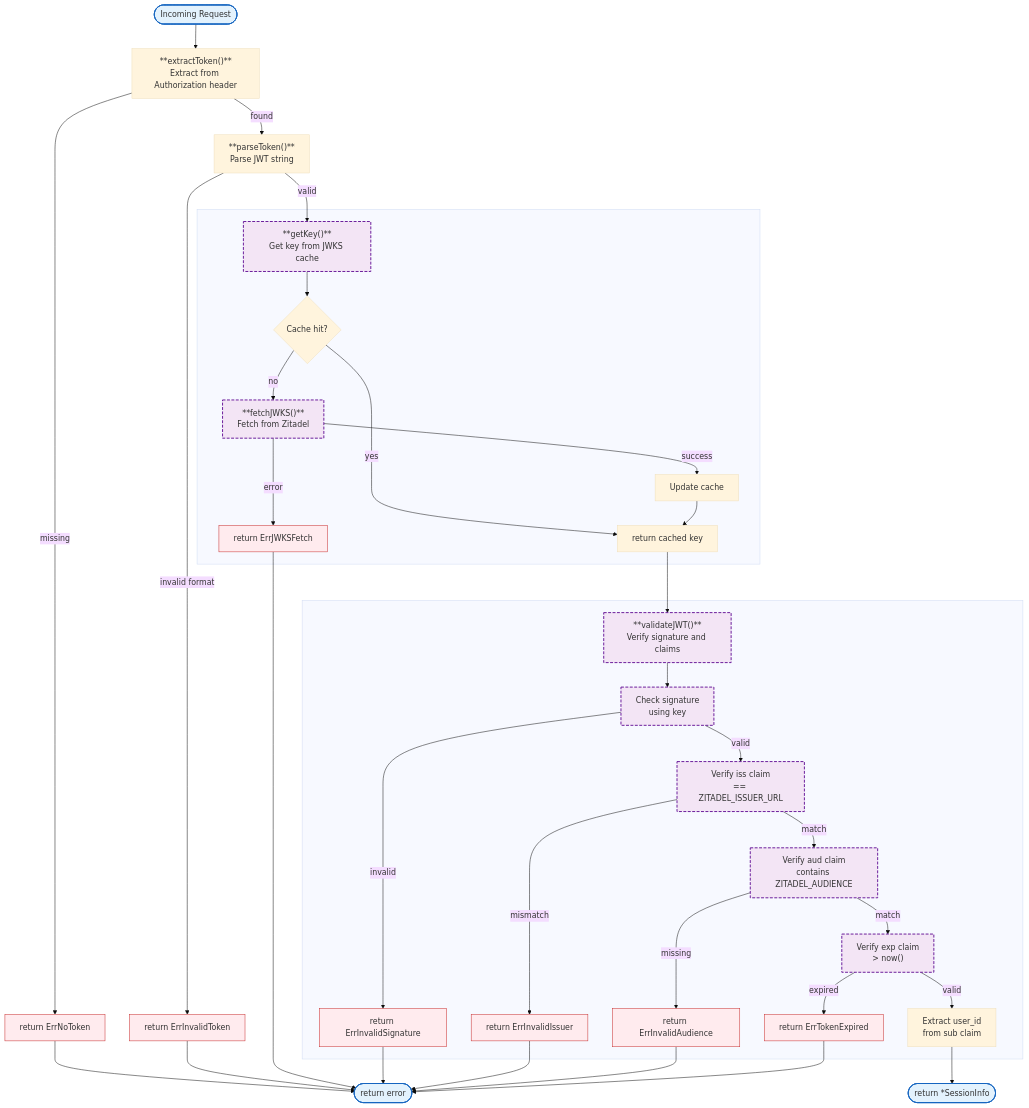
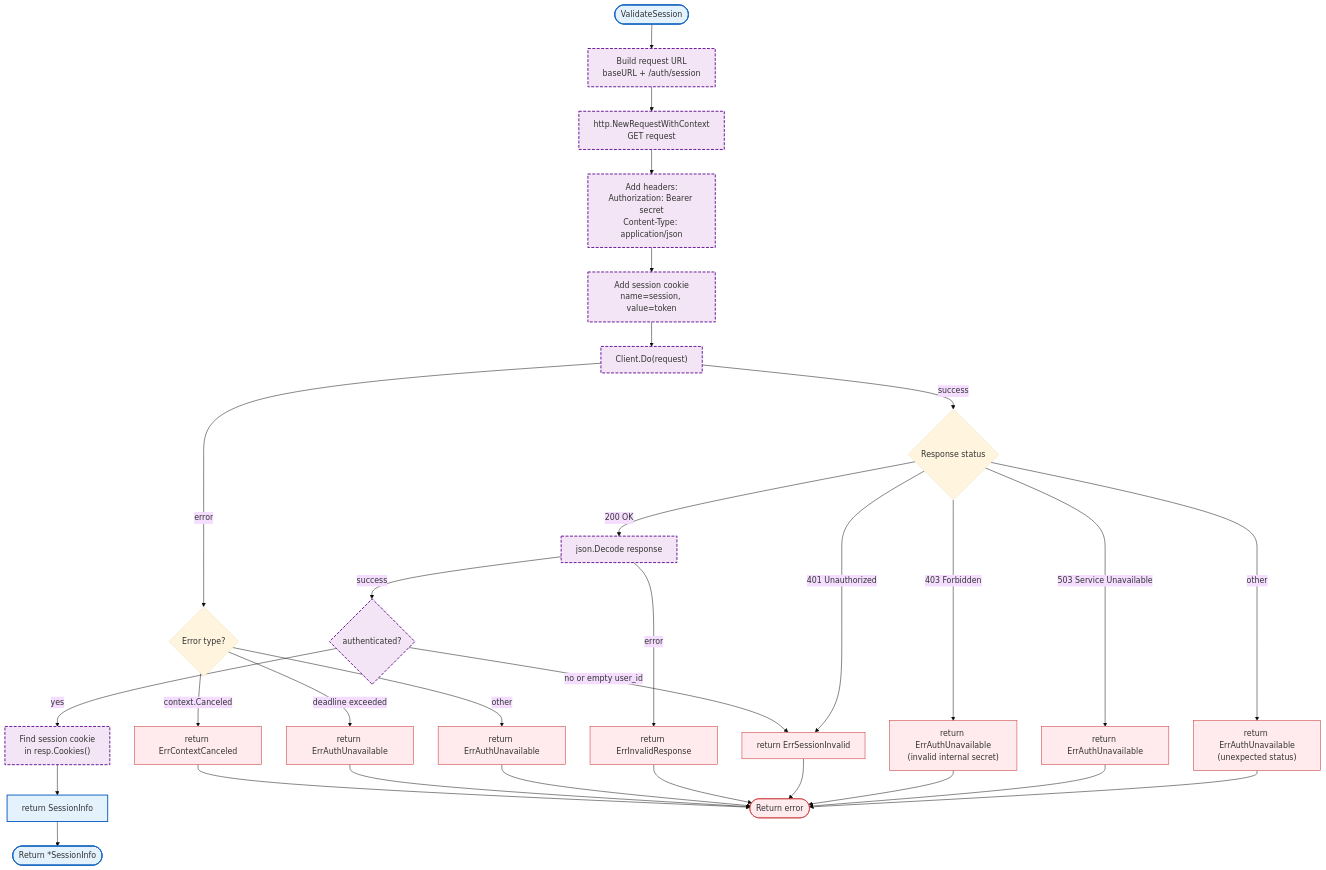
The diagram in docs/auth.md (radch-ai/ava), drawn with Mermaid (base theme) before and after one commit. The commit also changed other lines of this file and 4 other files, not shown here.

````diff
--- a/docs/auth.md
+++ b/docs/auth.md
@@ -19,45 +9,39 @@
 ```mermaid
 flowchart TB
-    Start([Incoming Request]) --> GetToken["**extractToken()**<br/>Extract from Authorization header"]
-    GetToken -->|missing| MissingToken["return ErrNoToken"]
-    GetToken -->|found| ParseToken["**parseToken()**<br/>Parse JWT string"]
+    Start([ValidateSession]) --> BuildReq["Build request URL<br/>baseURL + /auth/session"]
+    BuildReq --> NewReq["http.NewRequestWithContext<br/>GET request"]
+    NewReq --> AddHeaders["Add headers:<br/>Authorization: Bearer secret<br/>Content-Type: application/json"]
+    AddHeaders --> AddCookie["Add session cookie<br/>name=session, value=token"]
+    AddCookie --> SendReq["Client.Do(request)"]
 
-    ParseToken -->|invalid format| InvalidToken["return ErrInvalidToken"]
-    ParseToken -->|valid| GetKey["**getKey()**<br/>Get key from JWKS cache"]
+    SendReq -->|error| CheckErr{"Error type?"}
+    CheckErr -->|context.Canceled| Canceled["return ErrContextCanceled"]
+    CheckErr -->|deadline exceeded| Timeout["return ErrAuthUnavailable"]
+    CheckErr -->|other| Unavailable["return ErrAuthUnavailable"]
 
-    subgraph SGGetKey [" "]
-        GetKey --> CheckCache{"Cache hit?"}
-        CheckCache -->|yes| ReturnKey["return cached key"]
-        CheckCache -->|no| FetchJWKS["**fetchJWKS()**<br/>Fetch from Zitadel"]
-        FetchJWKS -->|error| JWKSError["return ErrJWKSFetch"]
-        FetchJWKS -->|success| UpdateCache["Update cache"]
-        UpdateCache --> ReturnKey
-    end
+    SendReq -->|success| CheckStatus{"Response status"}
 
-    ReturnKey --> Validate["**validateJWT()**<br/>Verify signature and claims"]
+    CheckStatus -->|200 OK| ParseResp["json.Decode response"]
+    ParseResp -->|error| InvalidResp["return ErrInvalidResponse"]
+    ParseResp -->|success| CheckAuth{"authenticated?"}
 
-    subgraph SGValidate [" "]
-        Validate --> CheckSig["Check signature<br/>using key"]
-        CheckSig -->|invalid| SigError["return ErrInvalidSignature"]
-        CheckSig -->|valid| CheckIssuer["Verify iss claim<br/>== ZITADEL_ISSUER_URL"]
-        CheckIssuer -->|mismatch| IssuerError["return ErrInvalidIssuer"]
-        CheckIssuer -->|match| CheckAudience["Verify aud claim<br/>contains ZITADEL_AUDIENCE"]
-        CheckAudience -->|missing| AudienceError["return ErrInvalidAudience"]
-        CheckAudience -->|match| CheckExpiry["Verify exp claim<br/>> now()"]
-        CheckExpiry -->|expired| ExpiryError["return ErrTokenExpired"]
-        CheckExpiry -->|valid| ExtractSubject["Extract user_id<br/>from sub claim"]
-    end
+    CheckAuth -->|no or empty user_id| SessionInvalid["return ErrSessionInvalid"]
+    CheckAuth -->|yes| ExtractCookie["Find session cookie<br/>in resp.Cookies()"]
+    ExtractCookie --> ReturnInfo["return SessionInfo"]
 
-    ExtractSubject --> Success(["return *SessionInfo"])
-    MissingToken & InvalidToken & JWKSError & SigError & IssuerError & AudienceError & ExpiryError --> Fail(["return error"])
+    CheckStatus -->|401 Unauthorized| SessionInvalid
+    CheckStatus -->|403 Forbidden| BadSecret["return ErrAuthUnavailable<br/>(invalid internal secret)"]
+    CheckStatus -->|503 Service Unavailable| ServiceUnavailable["return ErrAuthUnavailable"]
+    CheckStatus -->|other| Unexpected["return ErrAuthUnavailable<br/>(unexpected status)"]
 
-    click GetKey href "#jwks-fetching"
+    Canceled & Timeout & Unavailable & InvalidResp & SessionInvalid & BadSecret & ServiceUnavailable & Unexpected --> Fail([Return error])
+    ReturnInfo --> Done([Return *SessionInfo])
 
     classDef mainFn fill:#e3f2fd,stroke:#1565c0,stroke-width:2px
     classDef internalFn fill:#f3e5f5,stroke:#6a1b9a,stroke-width:2px,stroke-dasharray:6 3
     classDef errorFlow fill:#ffebee,stroke:#c62828,stroke-width:1px
 
-    class Start,Success,Fail mainFn
-    class GetKey,Validate,FetchJWKS,CheckSig,CheckIssuer,CheckAudience,CheckExpiry internalFn
-    class MissingToken,InvalidToken,JWKSError,SigError,IssuerError,AudienceError,ExpiryError errorFlow
+    class Start,Done,ReturnInfo mainFn
+    class BuildReq,NewReq,AddHeaders,AddCookie,SendReq,ParseResp,CheckAuth,ExtractCookie internalFn
+    class Canceled,Timeout,Unavailable,InvalidResp,SessionInvalid,BadSecret,ServiceUnavailable,Unexpected,Fail errorFlow
 ```
````
